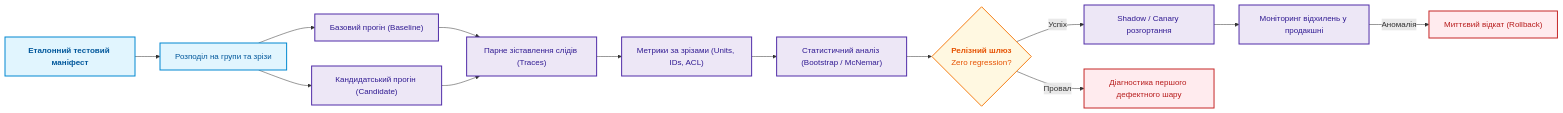
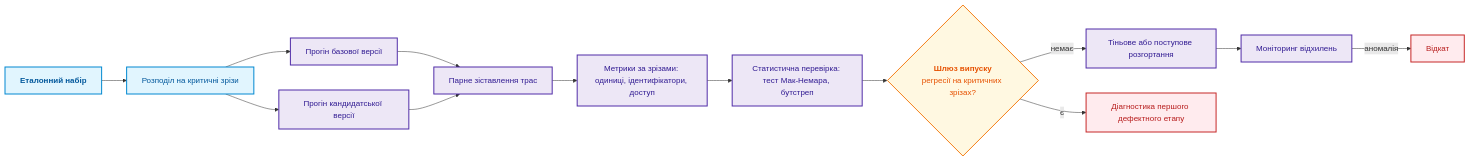
The sixth of 7 diagrams in ExpertSystem/ch19-from-question-to-evidence.md (nick-fedchik/articles), drawn with Mermaid before and after one commit. The commit also changed other lines of this file, not shown here.

````diff
--- a/ExpertSystem/ch19-from-question-to-evidence.md
+++ b/ExpertSystem/ch19-from-question-to-evidence.md
@@ -323,29 +461,28 @@
 ```mermaid
 flowchart LR
-    accTitle: Конвеєр регресійного оцінювання та валідації якості видобування знань
-    accDescr: Порівняння базової та кандидатської моделей за критичними зрізами, статистична перевірка та автоматичний відкат.
+    accTitle: Регресійне оцінювання конвеєра здобуття знань
+    accDescr: Базову й кандидатську версії запускають на тих самих зрізах еталонного набору, порівнюють парно, перевіряють статистично й допускають до тіньового розгортання з можливістю відкату.
 
-    M["<b>Еталонний тестовий маніфест</b>"] --> SPLIT["Розподіл на групи та зрізи"]
-    SPLIT --> B["Базовий прогін (Baseline)"]
-    SPLIT --> C["Кандидатський прогін (Candidate)"]
-    B --> PAIR["Парне зіставлення слідів (Traces)"]
+    M["<b>Еталонний набір</b>"] --> SPLIT["Розподіл на критичні зрізи"]
+    SPLIT --> B["Прогін базової версії"]
+    SPLIT --> C["Прогін кандидатської версії"]
+    B --> PAIR["Парне зіставлення трас"]
     C --> PAIR
-    PAIR --> SL["Метрики за зрізами (Units, IDs, ACL)"]
-    SL --> STAT["Статистичний аналіз (Bootstrap / McNemar)"]
-    STAT --> GATE{"<b>Релізний шлюз</b><br/>Zero regression?"}
-    GATE -->|Успіх| SHADOW["Shadow / Canary розгортання"]
-    GATE -->|Провал| DIAG["Діагностика першого дефектного шару"]
-    SHADOW --> MON["Моніторинг відхилень у продакшні"]
-    MON -->|Аномалія| ROLL["Миттєвий відкат (Rollback)"]
+    PAIR --> SL["Метрики за зрізами: одиниці, ідентифікатори, доступ"]
+    SL --> STAT["Статистична перевірка: тест Мак-Немара, бутстреп"]
+    STAT --> GATE{"<b>Шлюз випуску</b><br/>регресії на критичних зрізах?"}
+    GATE -->|немає| SHADOW["Тіньове або поступове розгортання"]
+    GATE -->|є| DIAG["Діагностика першого дефектного етапу"]
+    SHADOW --> MON["Моніторинг відхилень"]
+    MON -->|аномалія| ROLL["Відкат"]
 
     classDef src fill:#e1f5fe,stroke:#0288d1,stroke-width:2px,color:#01579b;
     classDef run fill:#ede7f6,stroke:#512da8,stroke-width:2px,color:#311b92;
     classDef gate fill:#fff8e1,stroke:#f57f17,stroke-width:2px,color:#e65100;
-    classDef res fill:#e8f5e9,stroke:#2e7d32,stroke-width:2px,color:#1b5e20;
     classDef err fill:#ffebee,stroke:#c62828,stroke-width:2px,color:#b71c1c;
 
     class M,SPLIT src;
     class B,C,PAIR,SL,STAT,SHADOW,MON run;
     class GATE gate;
     class DIAG,ROLL err;
 ```
````
